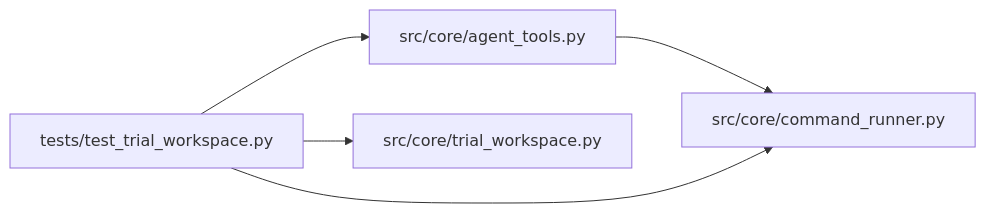
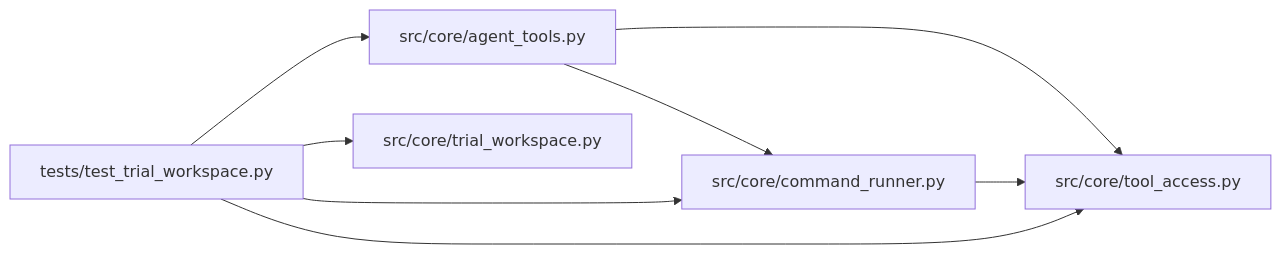
The diagram in docs/llm_wiki/modules/test_trial_workspace.md (Denissvgn/autoresearch-agent), drawn with Mermaid before and after one commit. The commit also changed other lines of this file and 73 other files, not shown here.

````diff
--- a/docs/llm_wiki/modules/test_trial_workspace.md
+++ b/docs/llm_wiki/modules/test_trial_workspace.md
@@ -30,15 +31,20 @@
 ```mermaid
 flowchart LR
     n0["src/core/agent_tools.py"]
     n1["src/core/command_runner.py"]
-    n2["src/core/trial_workspace.py"]
-    n3["tests/test_trial_workspace.py"]
+    n2["src/core/tool_access.py"]
+    n3["src/core/trial_workspace.py"]
+    n4["tests/test_trial_workspace.py"]
     n0 --> n1
-    n3 --> n0
-    n3 --> n1
-    n3 --> n2
+    n0 --> n2
+    n1 --> n2
+    n4 --> n0
+    n4 --> n1
+    n4 --> n2
+    n4 --> n3
     click n0 "../modules/agent_tools.md"
     click n1 "../modules/command_runner.md"
-    click n2 "../modules/trial_workspace.md"
-    click n3 "../modules/test_trial_workspace.md"
+    click n2 "../modules/tool_access.md"
+    click n3 "../modules/trial_workspace.md"
+    click n4 "../modules/test_trial_workspace.md"
 ```
````
